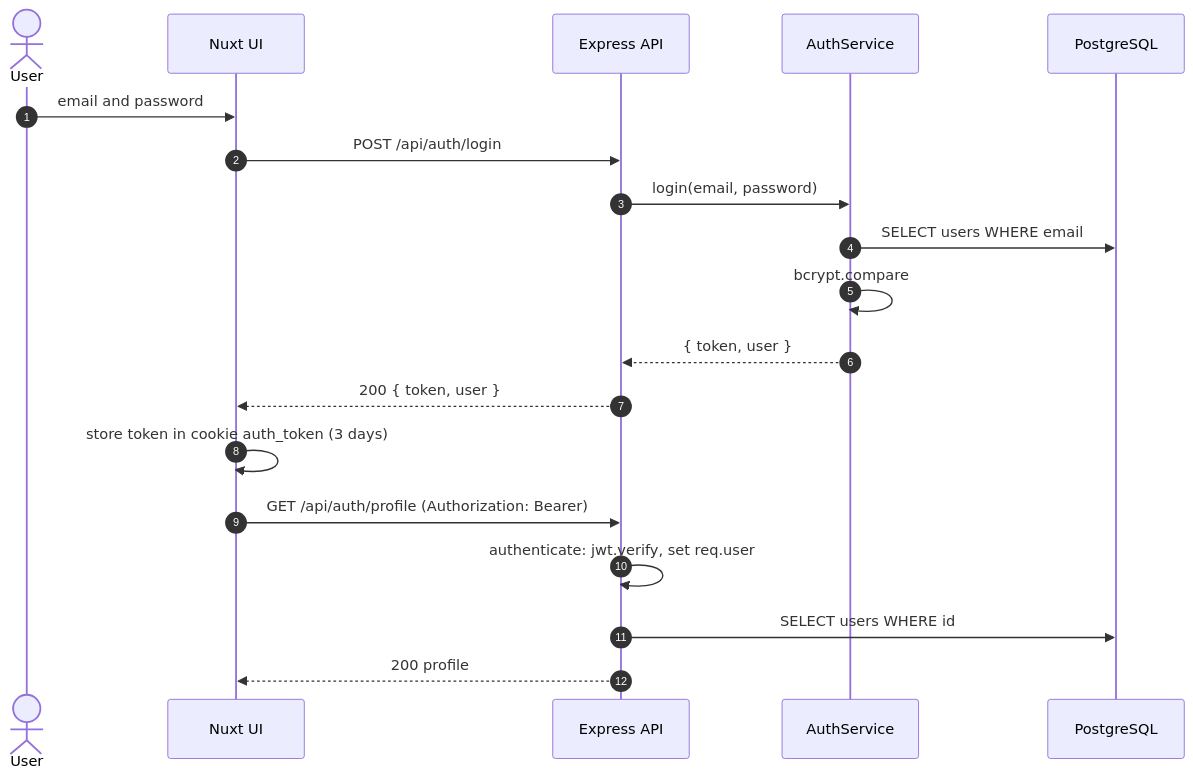
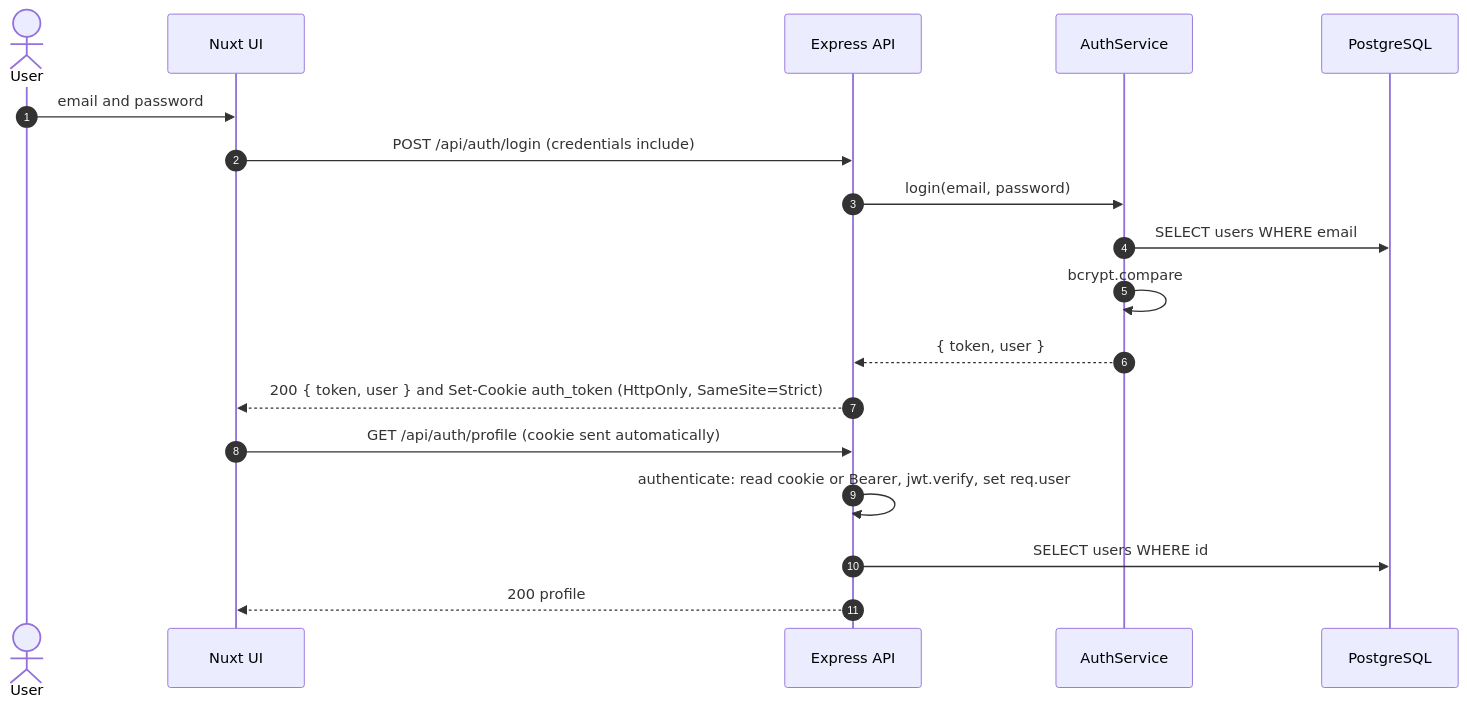
Before and after one commit to gregoriosiravo/3d-print-store-api: the fifth of 5 diagrams in docs/api.md, drawn with Mermaid. The commit also changed other lines of this file and 2 other files, not shown here.

First line of the commit message:
docs(api): update endpoints, schema, cookie session and open issues

````diff
--- a/docs/api.md
+++ b/docs/api.md
@@ -402,22 +424,21 @@
 ```mermaid
 sequenceDiagram
     autonumber
     actor U as User
     participant UI as Nuxt UI
     participant API as Express API
     participant AS as AuthService
     participant DB as PostgreSQL
 
     U->>UI: email and password
-    UI->>API: POST /api/auth/login
+    UI->>API: POST /api/auth/login (credentials include)
     API->>AS: login(email, password)
     AS->>DB: SELECT users WHERE email
     AS->>AS: bcrypt.compare
     AS-->>API: { token, user }
-    API-->>UI: 200 { token, user }
-    UI->>UI: store token in cookie auth_token (3 days)
-    UI->>API: GET /api/auth/profile (Authorization: Bearer)
-    API->>API: authenticate: jwt.verify, set req.user
+    API-->>UI: 200 { token, user } and Set-Cookie auth_token (HttpOnly, SameSite=Strict)
+    UI->>API: GET /api/auth/profile (cookie sent automatically)
+    API->>API: authenticate: read cookie or Bearer, jwt.verify, set req.user
     API->>DB: SELECT users WHERE id
     API-->>UI: 200 profile
 ```
````
